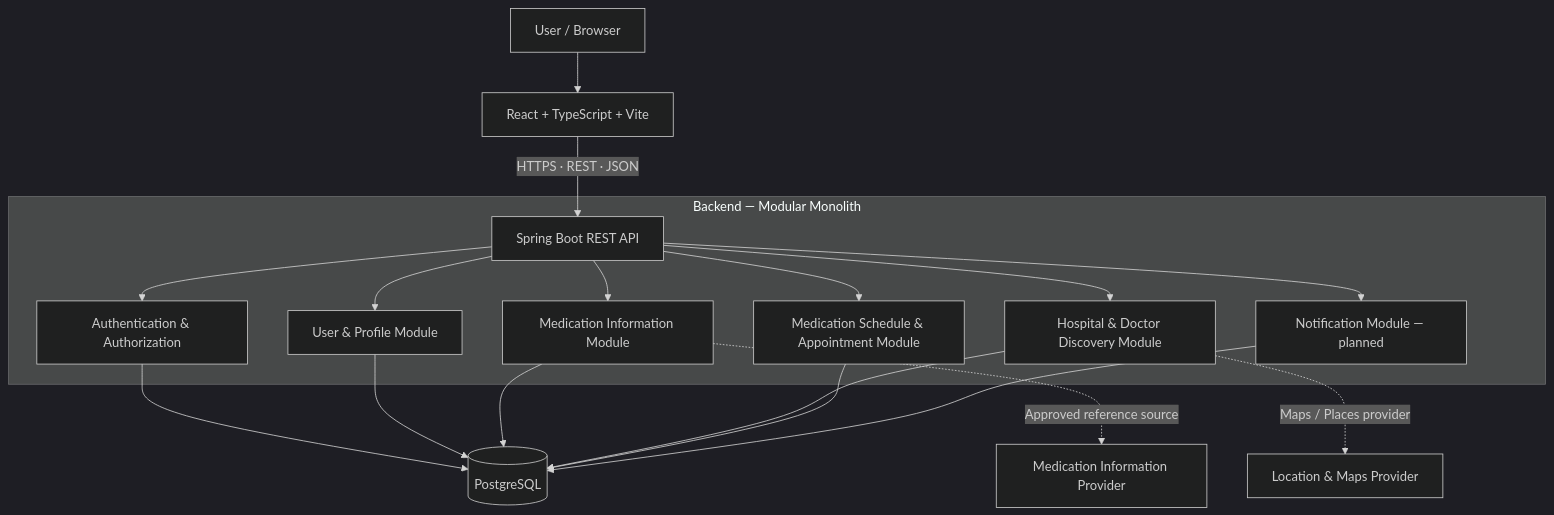
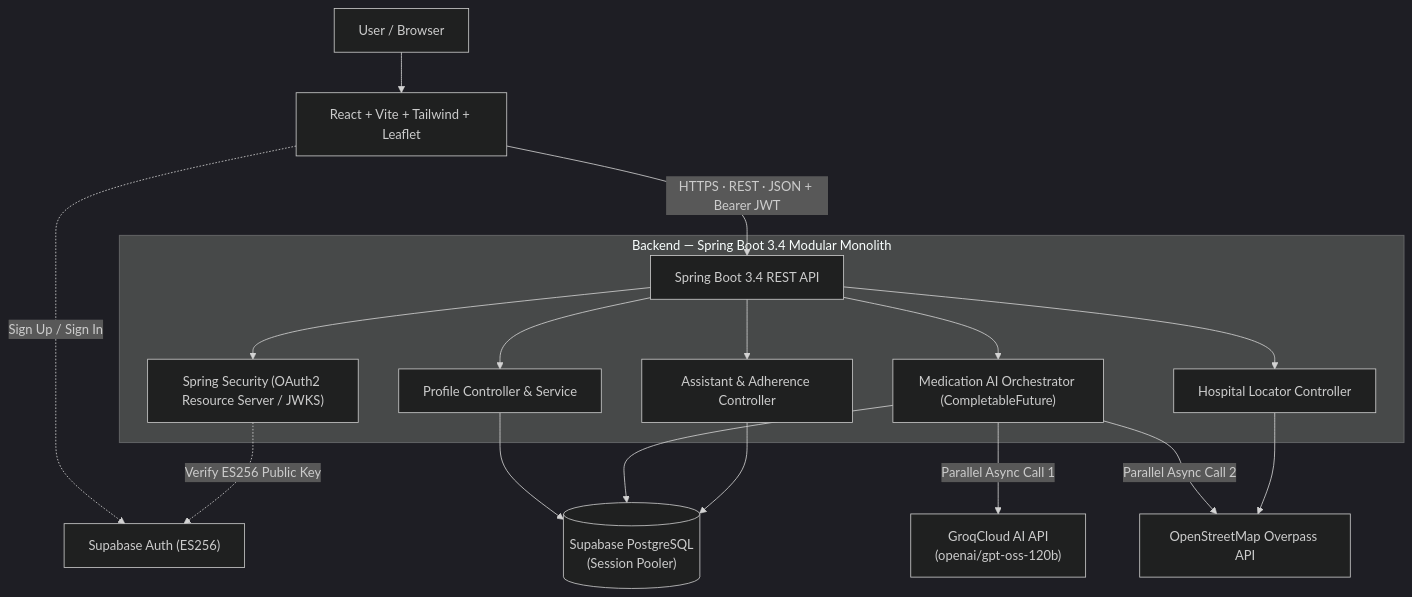
Before and after one commit to rishavscripts/MediConnect: the first of 11 diagrams in README.md, drawn with Mermaid (dark theme). The commit also changed other lines of this file, not shown here.

````diff
--- a/README.md
+++ b/README.md
@@ -197,24 +157,23 @@
-``` mermaid
+```mermaid
 flowchart TB
-    U["User / Browser"] --> FE["React + TypeScript + Vite"]
-    FE -->|"HTTPS · REST · JSON"| API["Spring Boot REST API"]
+    U["User / Browser"] --> FE["React + Vite + Tailwind + Leaflet"]
+    FE -->|"HTTPS · REST · JSON + Bearer JWT"| API["Spring Boot 3.4 REST API"]
+    FE -.->|"Sign Up / Sign In"| SUPA_AUTH["Supabase Auth (ES256)"]
 
-    subgraph BACKEND["Backend — Modular Monolith"]
-        API --> SEC["Authentication & Authorization"]
-        API --> PROF["User & Profile Module"]
-        API --> MED["Medication Information Module"]
-        API --> DISC["Hospital & Doctor Discovery Module"]
-        API --> ASSIST["Medication Schedule & Appointment Module"]
-        API --> NOTIF["Notification Module — planned"]
+    subgraph BACKEND["Backend — Spring Boot 3.4 Modular Monolith"]
+        API --> SEC["Spring Security (OAuth2 Resource Server / JWKS)"]
+        API --> PROF["Profile Controller & Service"]
+        API --> MED["Medication AI Orchestrator (CompletableFuture)"]
+        API --> DISC["Hospital Locator Controller"]
+        API --> ASSIST["Assistant & Adherence Controller"]
     end
 
-    SEC --> DB[("PostgreSQL")]
-    PROF --> DB
+    SEC -.->|"Verify ES256 Public Key"| SUPA_AUTH
+    PROF --> DB[("Supabase PostgreSQL\n(Session Pooler)")]
     MED --> DB
-    DISC --> DB
     ASSIST --> DB
-    NOTIF --> DB
 
-    MED -. "Approved reference source" .-> EXT1["Medication Information Provider"]
-    DISC -. "Maps / Places provider" .-> EXT2["Location & Maps Provider"]
+    MED -->|"Parallel Async Call 1"| EXT1["GroqCloud AI API\n(openai/gpt-oss-120b)"]
+    MED -->|"Parallel Async Call 2"| EXT2["OpenStreetMap Overpass API"]
+    DISC --> EXT2
 ```
````
